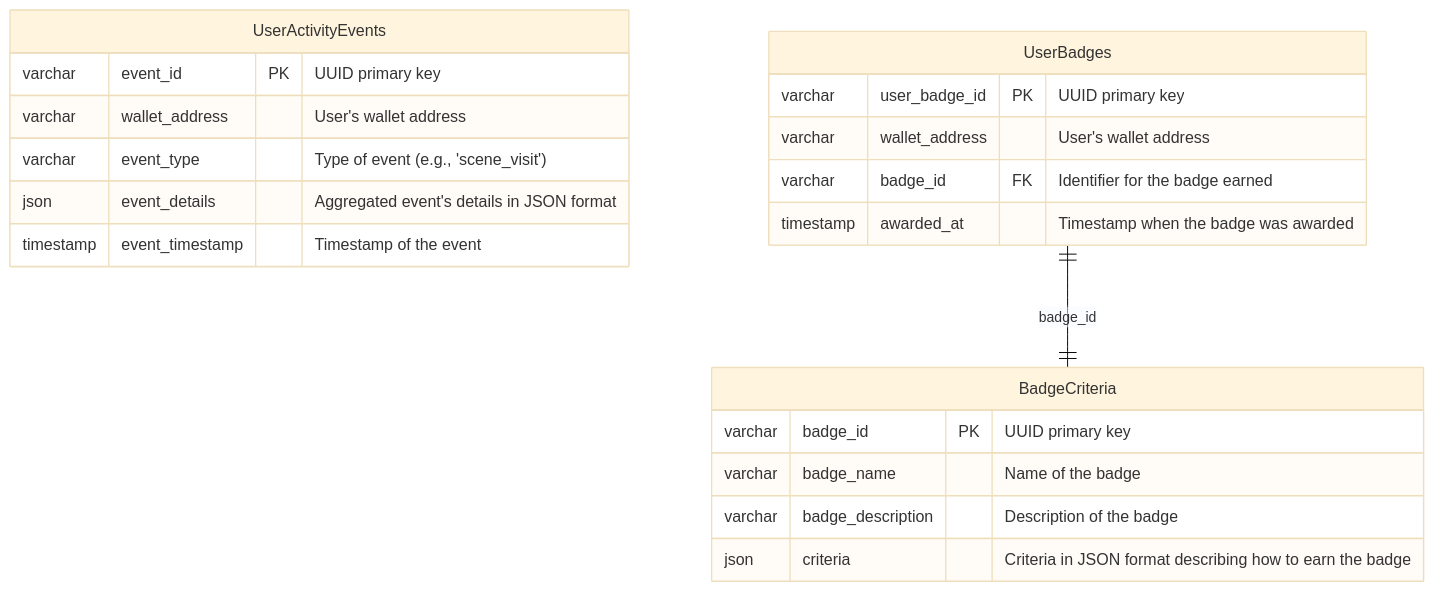
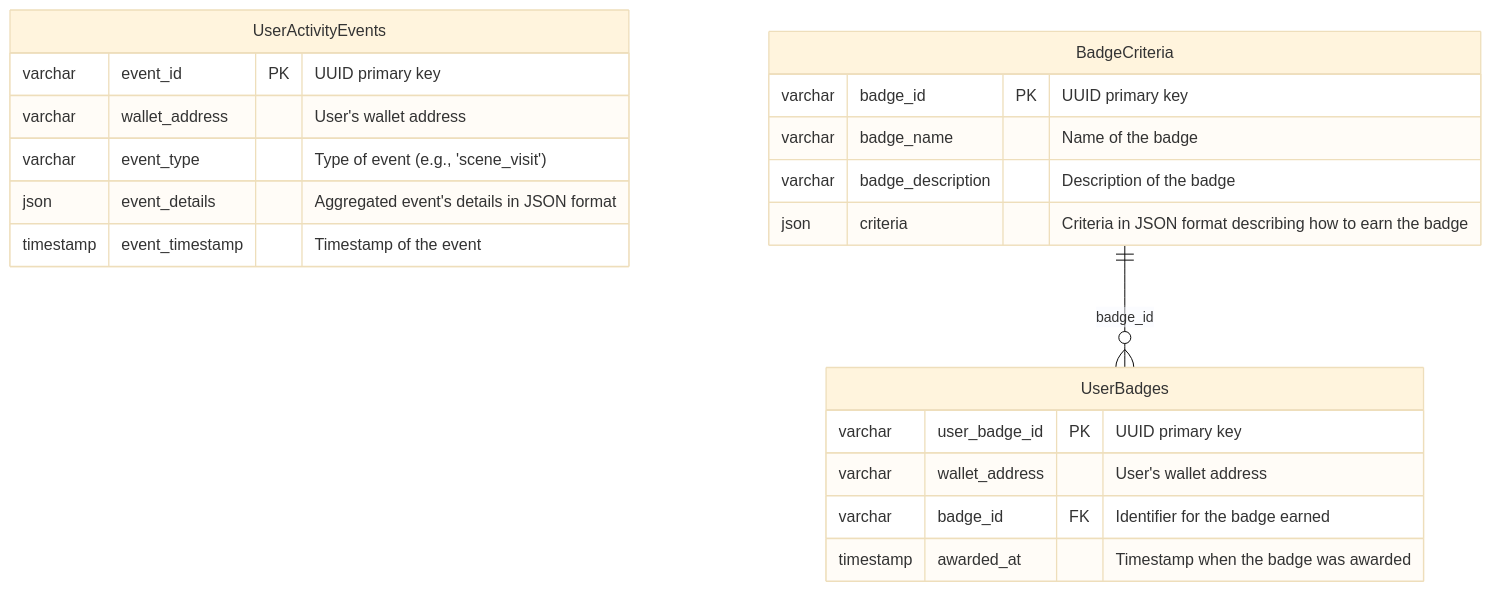
Before and after one commit to decentraland/badges: the diagram in README.md, drawn with Mermaid (base theme).

Commit message:
chore: fix relation on ER

````diff
--- a/README.md
+++ b/README.md
@@ -5,24 +5,24 @@
 ```mermaid
 erDiagram
     UserActivityEvents {
         varchar event_id PK "UUID primary key"
         varchar wallet_address "User's wallet address"
         varchar event_type "Type of event (e.g., 'scene_visit')"
         json event_details "Aggregated event's details in JSON format"
         timestamp event_timestamp "Timestamp of the event"
     }
     BadgeCriteria {
         varchar badge_id PK "UUID primary key"
         varchar badge_name "Name of the badge"
         varchar badge_description "Description of the badge"
         json criteria "Criteria in JSON format describing how to earn the badge"
     }
     UserBadges {
         varchar user_badge_id PK "UUID primary key"
         varchar wallet_address "User's wallet address"
         varchar badge_id FK "Identifier for the badge earned"
         timestamp awarded_at "Timestamp when the badge was awarded"
     }
 
-    UserBadges ||--|| BadgeCriteria : "badge_id"
+    BadgeCriteria ||--o{ UserBadges : "badge_id"
 ```
````
